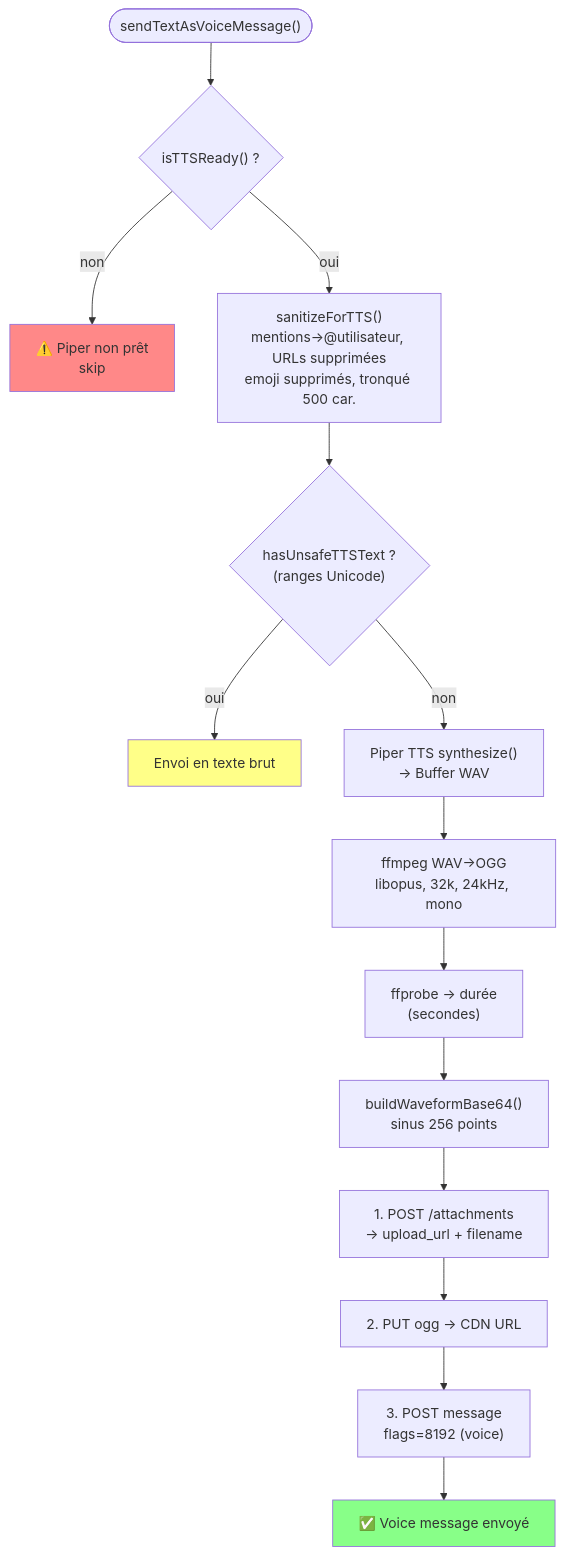
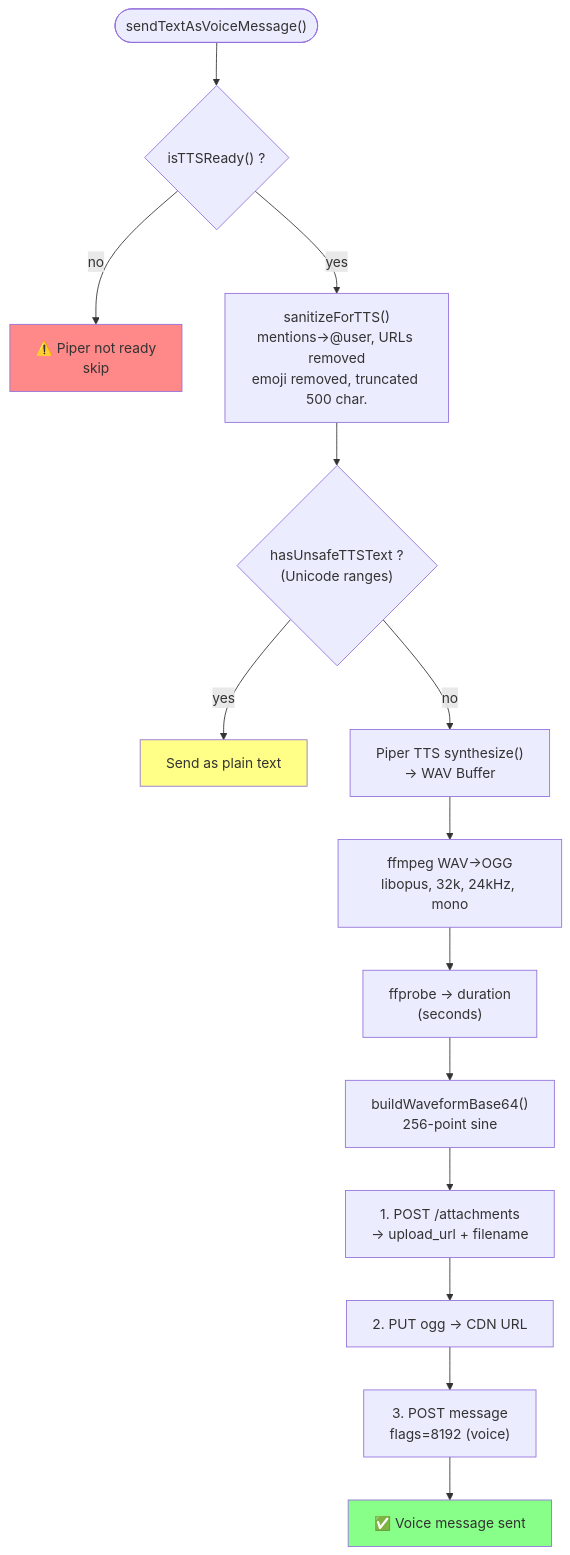
One commit to protocol-luna/krystal changed the fourth of 14 diagrams in README.md. Above: the diagram before and after it, drawn with Mermaid. The commit also changed other lines of this file and 47 other files, not shown here.

Commit message:
translate all docs to English, dark theme diagrams, add export script

````diff
--- a/README.md
+++ b/README.md
@@ -309,23 +309,23 @@
 ```mermaid
 flowchart TD
     START(["sendTextAsVoiceMessage()"]) --> READY{"isTTSReady() ?"}
-    READY -->|"non"| WARN["⚠️ Piper non prêt\nskip"]
-    READY -->|"oui"| SANITIZE["sanitizeForTTS()\nmentions→@utilisateur, URLs supprimées\nemoji supprimés, tronqué 500 car."]
-    SANITIZE --> UNSAFE{"hasUnsafeTTSText ?\n(ranges Unicode)"}
-    UNSAFE -->|"oui"| BRUTE["Envoi en texte brut"]
-    UNSAFE -->|"non"| SYNTH["Piper TTS synthesize()\n→ Buffer WAV"]
+    READY -->|"no"| WARN["⚠️ Piper not ready\nskip"]
+    READY -->|"yes"| SANITIZE["sanitizeForTTS()\nmentions→@user, URLs removed\nemoji removed, truncated 500 char."]
+    SANITIZE --> UNSAFE{"hasUnsafeTTSText ?\n(Unicode ranges)"}
+    UNSAFE -->|"yes"| BRUTE["Send as plain text"]
+    UNSAFE -->|"no"| SYNTH["Piper TTS synthesize()\n→ WAV Buffer"]
     SYNTH --> OGG["ffmpeg WAV→OGG\nlibopus, 32k, 24kHz, mono"]
 
-    OGG --> DURATION["ffprobe → durée\n(secondes)"]
-    DURATION --> WAVEFORM["buildWaveformBase64()\nsinus 256 points"]
+    OGG --> DURATION["ffprobe → duration\n(seconds)"]
+    DURATION --> WAVEFORM["buildWaveformBase64()\n256-point sine"]
 
     WAVEFORM --> UPLOAD_1["1. POST /attachments\n→ upload_url + filename"]
     UPLOAD_1 --> UPLOAD_2["2. PUT ogg → CDN URL"]
     UPLOAD_2 --> UPLOAD_3["3. POST message\nflags=8192 (voice)"]
 
-    UPLOAD_3 --> DONE_TTS["✅ Voice message envoyé"]
+    UPLOAD_3 --> DONE_TTS["✅ Voice message sent"]
 
     style DONE_TTS fill:#8f8
     style WARN fill:#f88
     style BRUTE fill:#ff8
 ```
````
